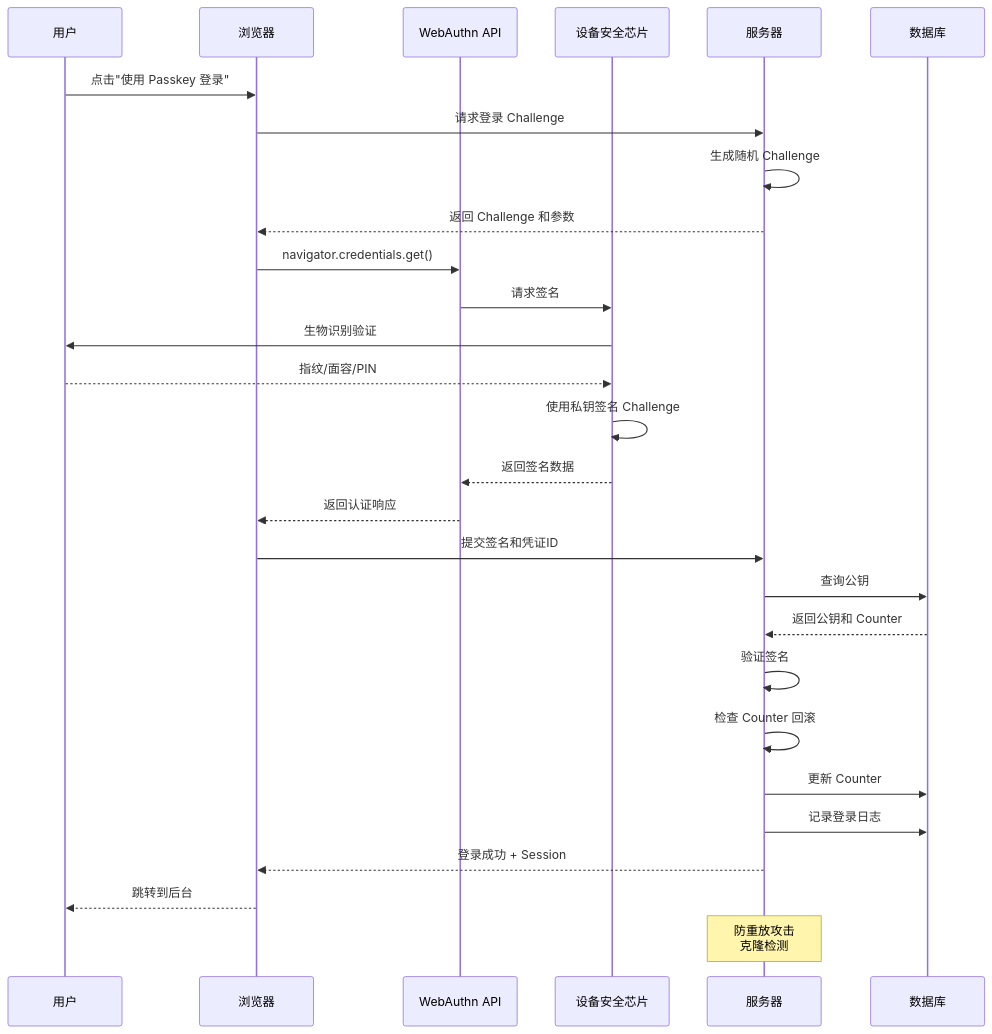
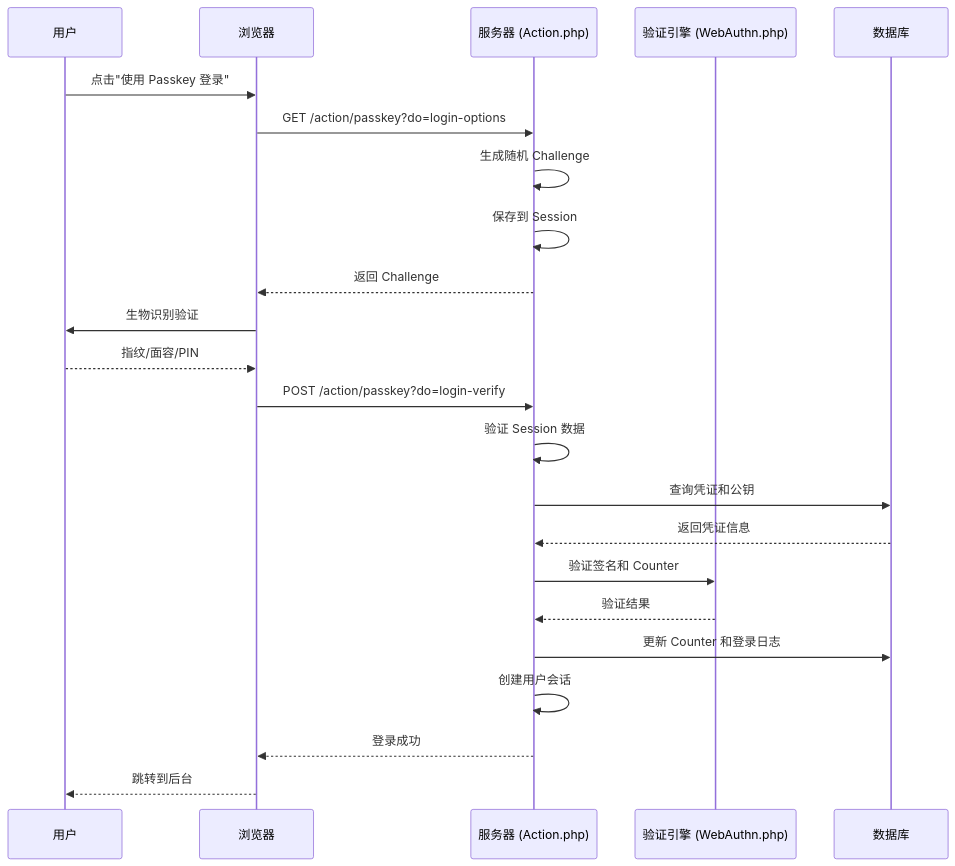
Before and after one commit to little-gt/Passkey: the third of 4 diagrams in README.md, drawn with Mermaid. The commit also changed other lines of this file and 1 other file, not shown here.

````diff
--- a/README.md
+++ b/README.md
@@ -108,32 +145,27 @@
 ```mermaid
 sequenceDiagram
     participant U as 用户
     participant B as 浏览器
-    participant W as WebAuthn API
-    participant D as 设备安全芯片
-    participant S as 服务器
+    participant S as 服务器 (Action.php)
+    participant W as 验证引擎 (WebAuthn.php)
     participant DB as 数据库
     
     U->>B: 点击"使用 Passkey 登录"
-    B->>S: 请求登录 Challenge
+    B->>S: GET /action/passkey?do=login-options
     S->>S: 生成随机 Challenge
-    S-->>B: 返回 Challenge 和参数
-    B->>W: navigator.credentials.get()
-    W->>D: 请求签名
-    D->>U: 生物识别验证
-    U-->>D: 指纹/面容/PIN
-    D->>D: 使用私钥签名 Challenge
-    D-->>W: 返回签名数据
-    W-->>B: 返回认证响应
-    B->>S: 提交签名和凭证ID
-    S->>DB: 查询公钥
-    DB-->>S: 返回公钥和 Counter
-    S->>S: 验证签名
-    S->>S: 检查 Counter 回滚
-    S->>DB: 更新 Counter
-    S->>DB: 记录登录日志
-    S-->>B: 登录成功 + Session
+    S->>S: 保存到 Session
+    S-->>B: 返回 Challenge
+    
+    B->>U: 生物识别验证
+    U-->>B: 指纹/面容/PIN
+    B->>S: POST /action/passkey?do=login-verify
+    S->>S: 验证 Session 数据
+    S->>DB: 查询凭证和公钥
+    DB-->>S: 返回凭证信息
+    S->>W: 验证签名和 Counter
+    W-->>S: 验证结果
+    S->>DB: 更新 Counter 和登录日志
+    S->>S: 创建用户会话
+    S-->>B: 登录成功
     B-->>U: 跳转到后台
-    
-    Note over S: 防重放攻击<br/>克隆检测
 ```
````
